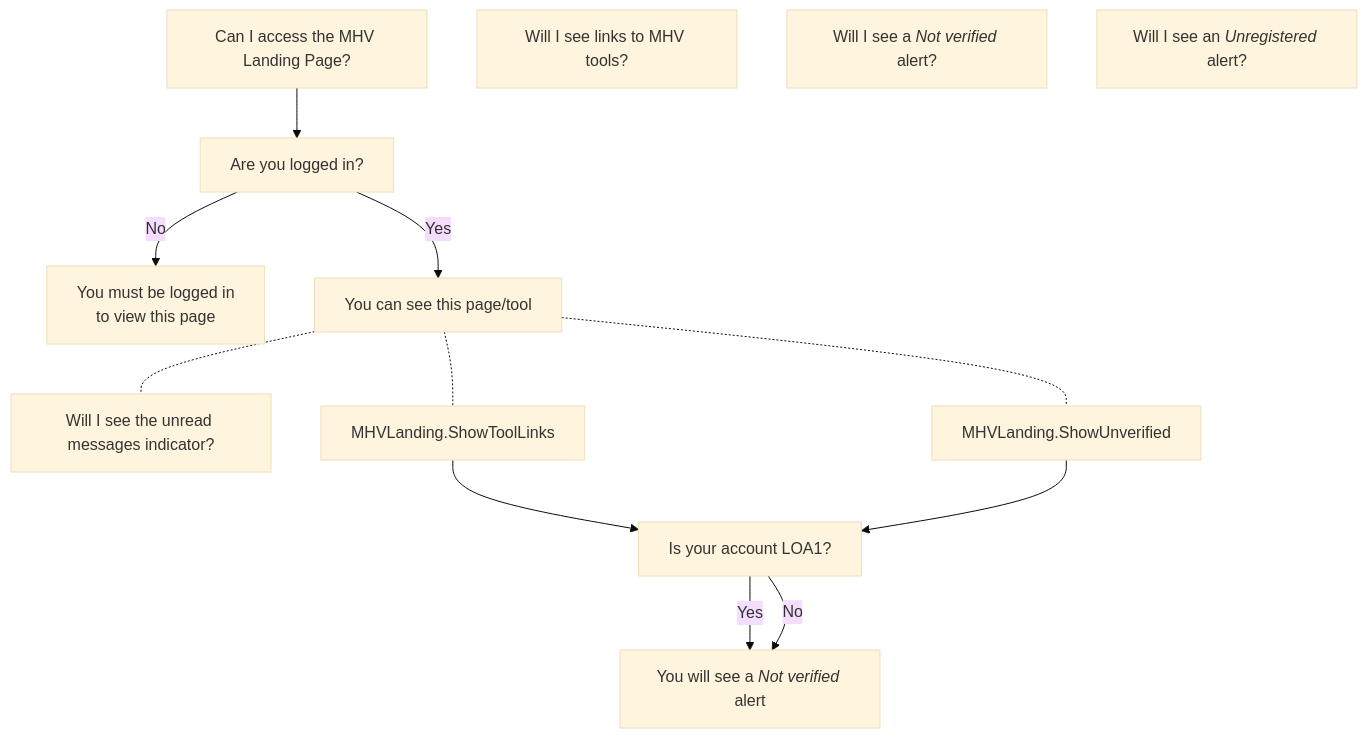
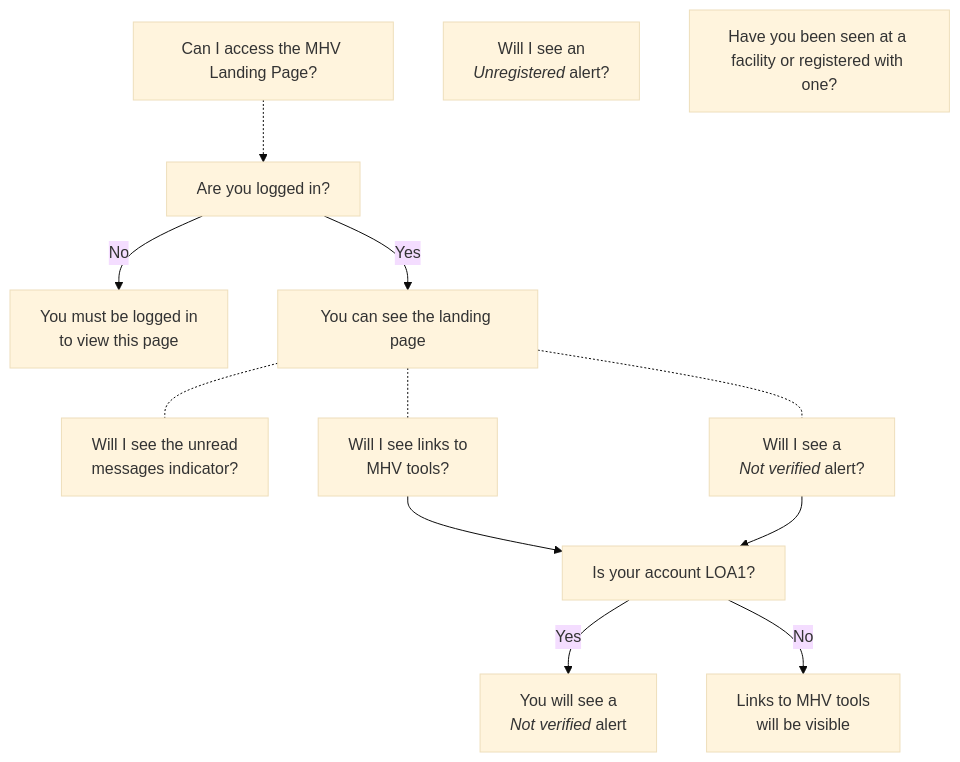
One commit to department-of-veterans-affairs/va.gov-team changed the first of 3 diagrams in products/health-care/digital-health-modernization/engineering/mhv-access-visibility-graphs.md. Above: the diagram before and after it, drawn with Mermaid (base theme).

Commit message:
Update mhv-access-visibility-graphs.md
rename some nodes, reorganize.

````diff
--- a/products/health-care/digital-health-modernization/engineering/mhv-access-visibility-graphs.md
+++ b/products/health-care/digital-health-modernization/engineering/mhv-access-visibility-graphs.md
@@ -3,25 +3,27 @@
 ```mermaid
 graph TD
 
-MHVLanding.Access[Can I access the MHV Landing Page?]
-MHVLanding.LoggedIn[Are you logged in?]
+MHVLanding.AccessQ[Can I access the MHV Landing Page?]
+MHVLanding.LoggedInQ[Are you logged in?]
 MHVLanding.AuthReq[You must be logged in <br>to view this page]
-MHVLanding.Viewable[You can see this page/tool]
-MHVLanding.MessagesDot[Will I see the unread messages indicator?]
-MHVLanding.ShowToolLinks?[Will I see links to MHV tools?]
-MHVLanding.ShowUnverified?["`Will I see a _Not verified_ alert?`"]
-MHVLanding.ShowUnregistered?["`Will I see an _Unregistered_ alert?`"]
-MHVLanding.isLOA1[Is your account LOA1?]
-MHVLanding.isUnverified["`You will see a _Not verified_ alert`"]
+MHVLanding.Viewable[You can see the landing page]
+MHVLanding.MessagesDotQ[Will I see the unread <br>messages indicator?]
+MHVLanding.ToolLinksQ[Will I see links to <br>MHV tools?]
+MHVLanding.UnverifiedQ[Will I see a <br><i>Not verified</i> alert?]
+MHVLanding.UnregisteredQ[Will I see an <br><i>Unregistered</i> alert?]
+MHVLanding.FacilitiesQ[Have you been seen at a facility or registered with one?]
+MHVLanding.LOA1Q[Is your account LOA1?]
+MHVLanding.ShowUnverified[You will see a <br><i>Not verified</i> alert]
+MHVLanding.ToolLinksVisible[Links to MHV tools <br>will be visible]
 
-MHVLanding.Access --> MHVLanding.LoggedIn
-MHVLanding.LoggedIn -->|No| MHVLanding.AuthReq
-MHVLanding.LoggedIn -->|Yes| MHVLanding.Viewable
-MHVLanding.Viewable -.- MHVLanding.MessagesDot
-MHVLanding.Viewable -.- MHVLanding.ShowUnverified
-MHVLanding.Viewable -.- MHVLanding.ShowToolLinks
-MHVLanding.ShowToolLinks --> MHVLanding.isLOA1
-MHVLanding.ShowUnverified --> MHVLanding.isLOA1
-MHVLanding.isLOA1 -->|Yes| MHVLanding.isUnverified
-MHVLanding.isLOA1 -->|No| MHVLanding.isUnverified
+MHVLanding.AccessQ -.-> MHVLanding.LoggedInQ
+MHVLanding.LoggedInQ -->|No| MHVLanding.AuthReq
+MHVLanding.LoggedInQ -->|Yes| MHVLanding.Viewable
+MHVLanding.Viewable -.- MHVLanding.MessagesDotQ
+MHVLanding.Viewable -.- MHVLanding.UnverifiedQ
+MHVLanding.Viewable -.- MHVLanding.ToolLinksQ
+MHVLanding.ToolLinksQ --> MHVLanding.LOA1Q
+MHVLanding.UnverifiedQ --> MHVLanding.LOA1Q
+MHVLanding.LOA1Q -->|Yes| MHVLanding.ShowUnverified
+MHVLanding.LOA1Q -->|No| MHVLanding.ToolLinksVisible
 ```
````
